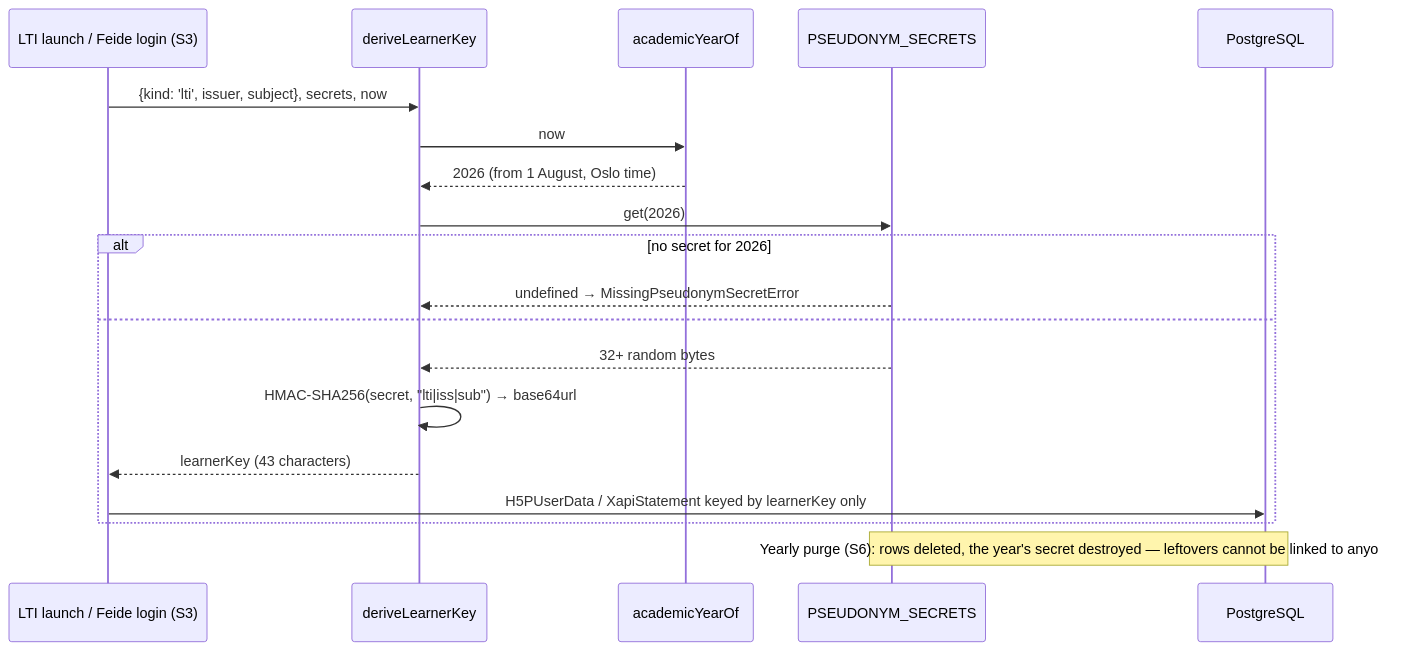
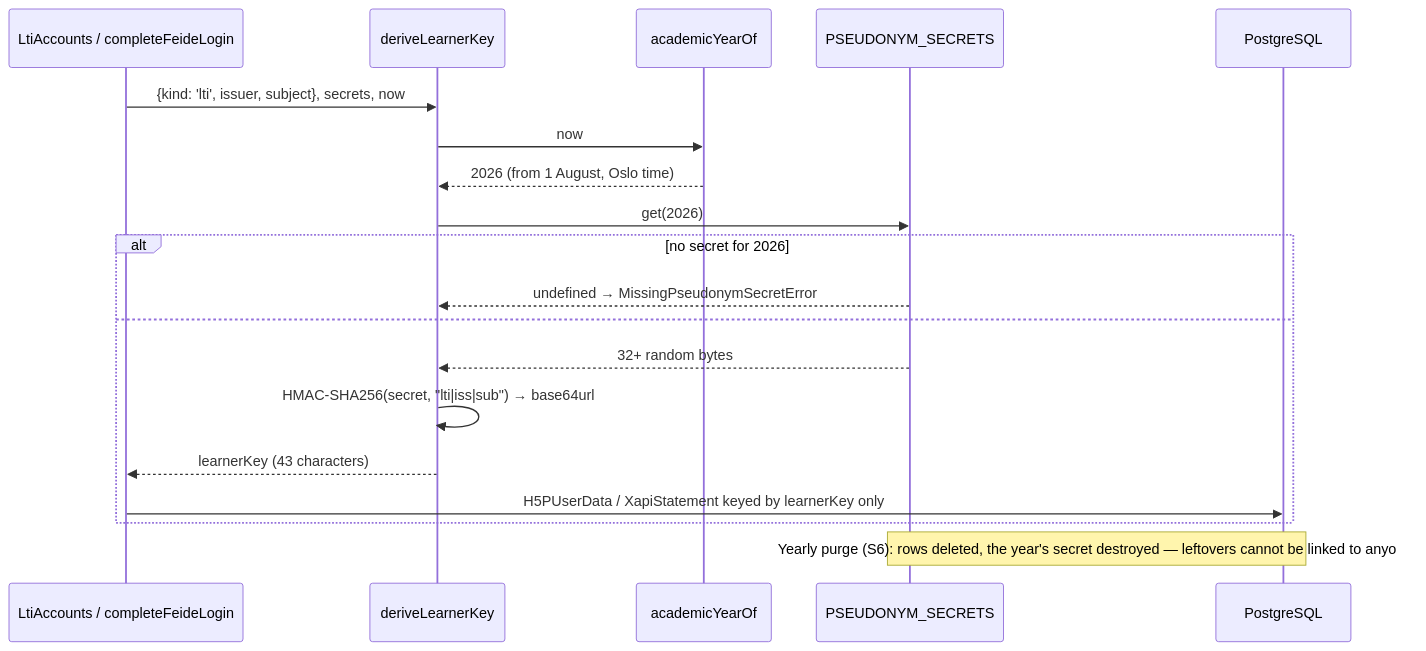
One commit to bobthebob58/HVL-INTERAKTIV changed the tenth of 10 diagrams in apps/server/README.md. Above: the diagram before and after it, drawn with Mermaid. The commit also changed other lines of this file and 14 other files, not shown here.

````diff
--- a/apps/server/README.md
+++ b/apps/server/README.md
@@ -141,21 +403,21 @@
 ```mermaid
 sequenceDiagram
-    participant Launch as LTI launch / Feide login (S3)
+    participant Launch as LtiAccounts / completeFeideLogin
     participant Derive as deriveLearnerKey
     participant Year as academicYearOf
     participant Secrets as PSEUDONYM_SECRETS
     participant DB as PostgreSQL
     Launch->>Derive: {kind: 'lti', issuer, subject}, secrets, now
     Derive->>Year: now
     Year-->>Derive: 2026 (from 1 August, Oslo time)
     Derive->>Secrets: get(2026)
     alt no secret for 2026
         Secrets-->>Derive: undefined → MissingPseudonymSecretError
     else
         Secrets-->>Derive: 32+ random bytes
         Derive->>Derive: HMAC-SHA256(secret, "lti|iss|sub") → base64url
         Derive-->>Launch: learnerKey (43 characters)
         Launch->>DB: H5PUserData / XapiStatement keyed by learnerKey only
     end
     Note over Secrets,DB: Yearly purge (S6): rows deleted, the year's secret destroyed — leftovers cannot be linked to anyone.
 ```
````
